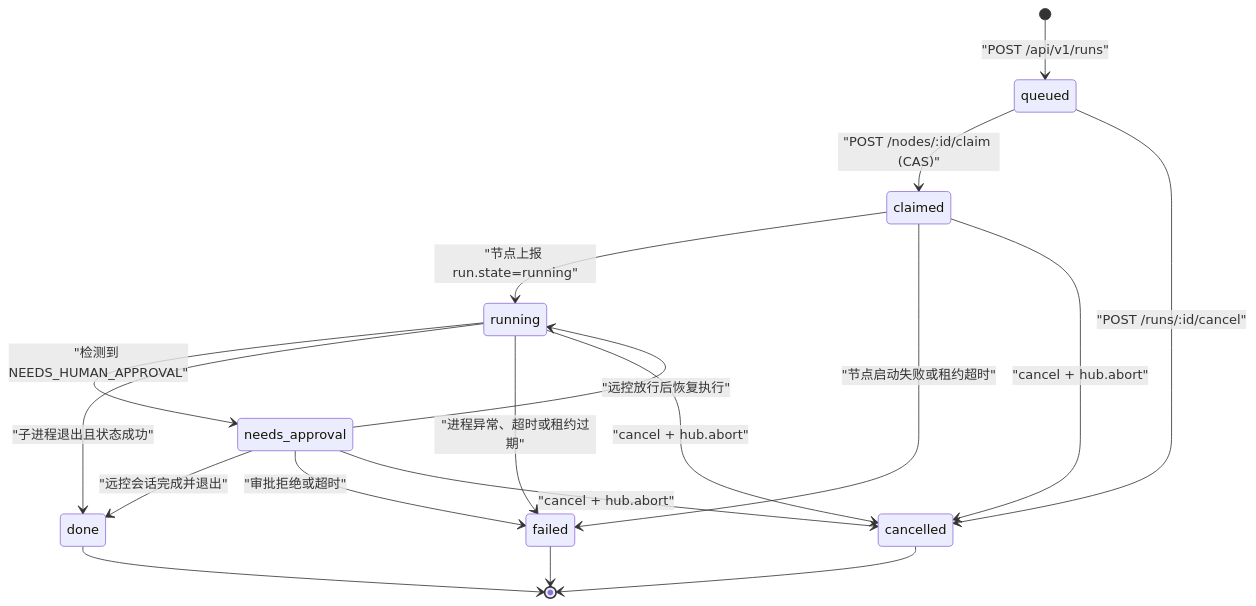
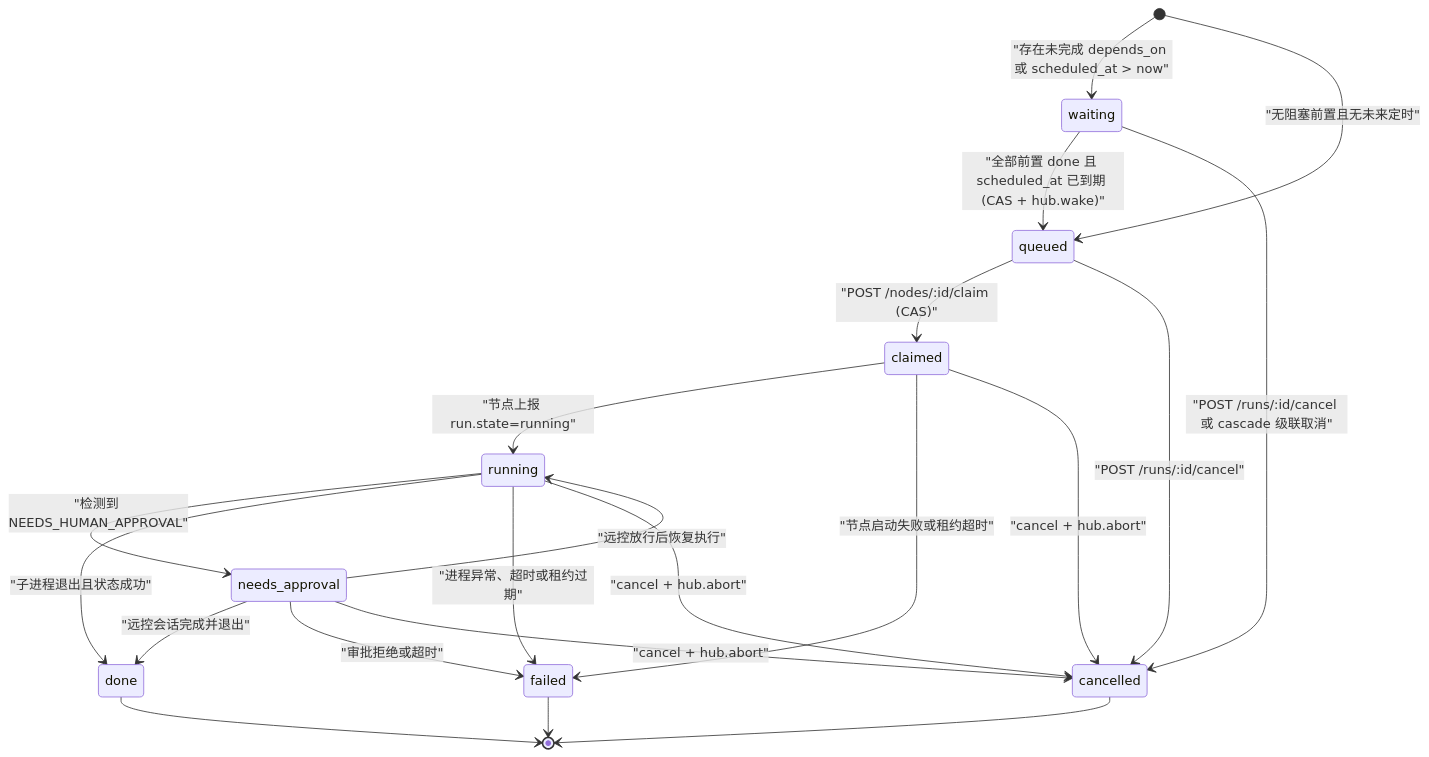
The diagram in docs/02-data-and-state-contracts.md (gray0128/agent-hub), drawn with Mermaid before and after one commit. The commit also changed other lines of this file and 62 other files, not shown here.

````diff
--- a/docs/02-data-and-state-contracts.md
+++ b/docs/02-data-and-state-contracts.md
@@ -461,24 +622,29 @@
 ```mermaid
 stateDiagram-v2
-    [*] --> queued: "POST /api/v1/runs"
+    [*] --> waiting: "存在未完成 depends_on 或 scheduled_at > now"
+    [*] --> queued: "无阻塞前置且无未来定时"
+
+    waiting --> queued: "全部前置 done 且 scheduled_at 已到期 (CAS + hub.wake)"
+    waiting --> cancelled: "POST /runs/:id/cancel 或 cascade 级联取消"
+
     queued --> claimed: "POST /nodes/:id/claim (CAS)"
     queued --> cancelled: "POST /runs/:id/cancel"
 
     claimed --> running: "节点上报 run.state=running"
     claimed --> failed: "节点启动失败或租约超时"
     claimed --> cancelled: "cancel + hub.abort"
 
     running --> needs_approval: "检测到 NEEDS_HUMAN_APPROVAL"
     running --> done: "子进程退出且状态成功"
     running --> failed: "进程异常、超时或租约过期"
     running --> cancelled: "cancel + hub.abort"
 
     needs_approval --> running: "远控放行后恢复执行"
     needs_approval --> done: "远控会话完成并退出"
     needs_approval --> failed: "审批拒绝或超时"
     needs_approval --> cancelled: "cancel + hub.abort"
 
     done --> [*]
     failed --> [*]
     cancelled --> [*]
 ```
````
